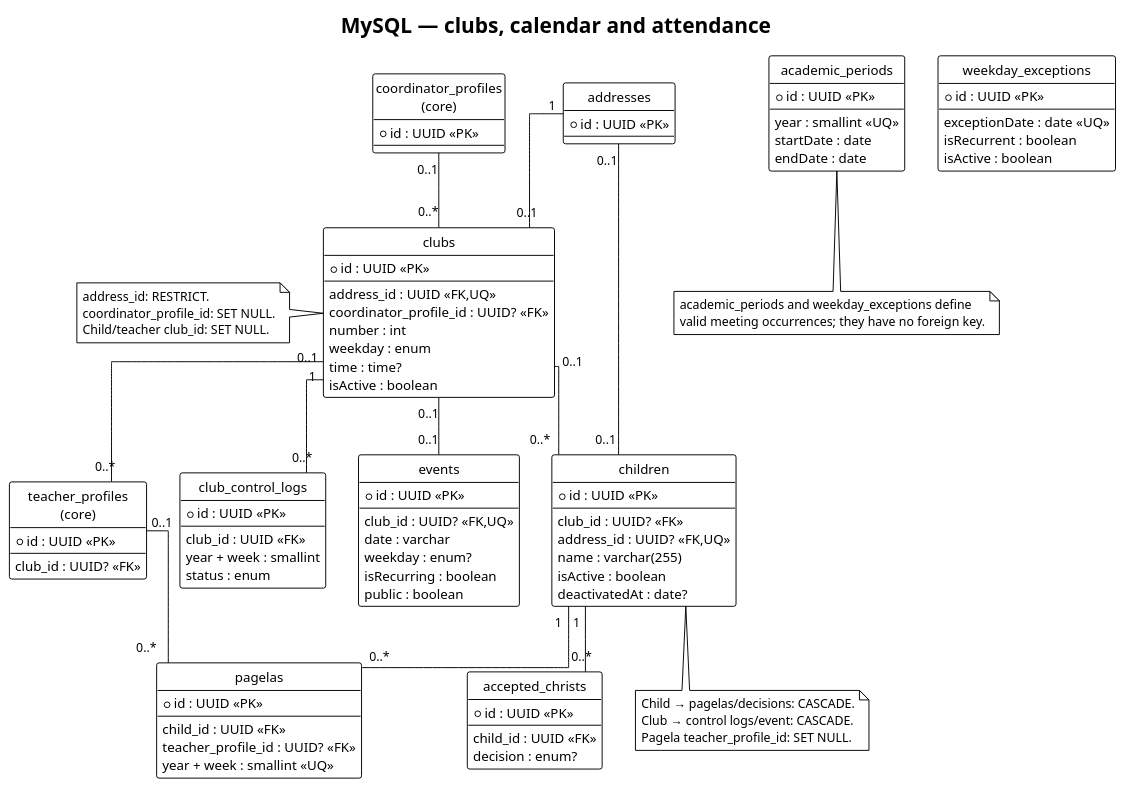
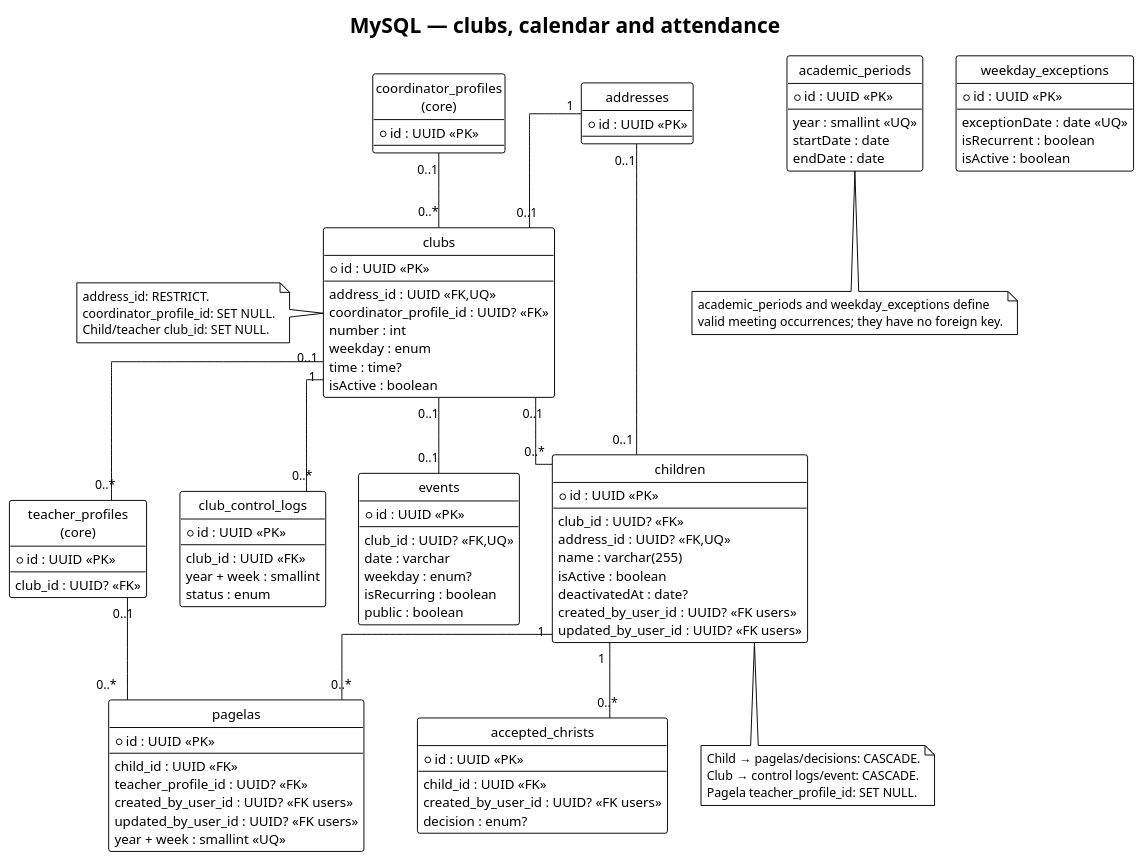
The diagram in docs/diagrams/database/clubs-attendance-schema.puml (ministerioclubinhos/clubinhonib-api), drawn with PlantUML before and after one commit. The commit also changed 31 other files, not shown here.

```diff
--- a/docs/diagrams/database/clubs-attendance-schema.puml
+++ b/docs/diagrams/database/clubs-attendance-schema.puml
@@ -1,121 +1,126 @@
 @startuml Clubs Attendance Schema - Clubinho NIB API
 !theme plain
 top to bottom direction
 skinparam linetype ortho
 hide circle
 
 title MySQL — clubs, calendar and attendance
 
 entity "addresses" as e_address {
   * id : UUID <<PK>>
 }
 
 entity "clubs" as e_club {
   * id : UUID <<PK>>
   --
   address_id : UUID <<FK,UQ>>
   coordinator_profile_id : UUID? <<FK>>
   number : int
   weekday : enum
   time : time?
   isActive : boolean
 }
 
 entity "teacher_profiles\n(core)" as e_teacher {
   * id : UUID <<PK>>
   --
   club_id : UUID? <<FK>>
 }
 
 entity "coordinator_profiles\n(core)" as e_coordinator {
   * id : UUID <<PK>>
 }
 
 entity "children" as e_child {
   * id : UUID <<PK>>
   --
   club_id : UUID? <<FK>>
   address_id : UUID? <<FK,UQ>>
   name : varchar(255)
   isActive : boolean
   deactivatedAt : date?
+  created_by_user_id : UUID? <<FK users>>
+  updated_by_user_id : UUID? <<FK users>>
 }
 
 entity "pagelas" as e_pagela {
   * id : UUID <<PK>>
   --
   child_id : UUID <<FK>>
   teacher_profile_id : UUID? <<FK>>
+  created_by_user_id : UUID? <<FK users>>
+  updated_by_user_id : UUID? <<FK users>>
   year + week : smallint <<UQ>>
 }
 
 entity "accepted_christs" as e_accepted {
   * id : UUID <<PK>>
   --
   child_id : UUID <<FK>>
+  created_by_user_id : UUID? <<FK users>>
   decision : enum?
 }
 
 entity "club_control_logs" as e_control_log {
   * id : UUID <<PK>>
   --
   club_id : UUID <<FK>>
   year + week : smallint
   status : enum
 }
 
 entity "events" as e_event {
   * id : UUID <<PK>>
   --
   club_id : UUID? <<FK,UQ>>
   date : varchar
   weekday : enum?
   isRecurring : boolean
   public : boolean
 }
 
 entity "academic_periods" as e_period {
   * id : UUID <<PK>>
   --
   year : smallint <<UQ>>
   startDate : date
   endDate : date
 }
 
 entity "weekday_exceptions" as e_exception {
   * id : UUID <<PK>>
   --
   exceptionDate : date <<UQ>>
   isRecurrent : boolean
   isActive : boolean
 }
 
 e_address "1" -- "0..1" e_club
 e_address "0..1" -- "0..1" e_child
 e_coordinator "0..1" -- "0..*" e_club
 e_club "0..1" -- "0..*" e_teacher
 e_club "0..1" -- "0..*" e_child
 e_child "1" -- "0..*" e_pagela
 e_teacher "0..1" -- "0..*" e_pagela
 e_child "1" -- "0..*" e_accepted
 e_club "1" -- "0..*" e_control_log
 e_club "0..1" -- "0..1" e_event
 
 note left of e_club
   address_id: RESTRICT.
   coordinator_profile_id: SET NULL.
   Child/teacher club_id: SET NULL.
 end note
 
 note bottom of e_child
   Child → pagelas/decisions: CASCADE.
   Club → control logs/event: CASCADE.
   Pagela teacher_profile_id: SET NULL.
 end note
 
 note bottom of e_period
   academic_periods and weekday_exceptions define
   valid meeting occurrences; they have no foreign key.
 end note
 
 @enduml
```
